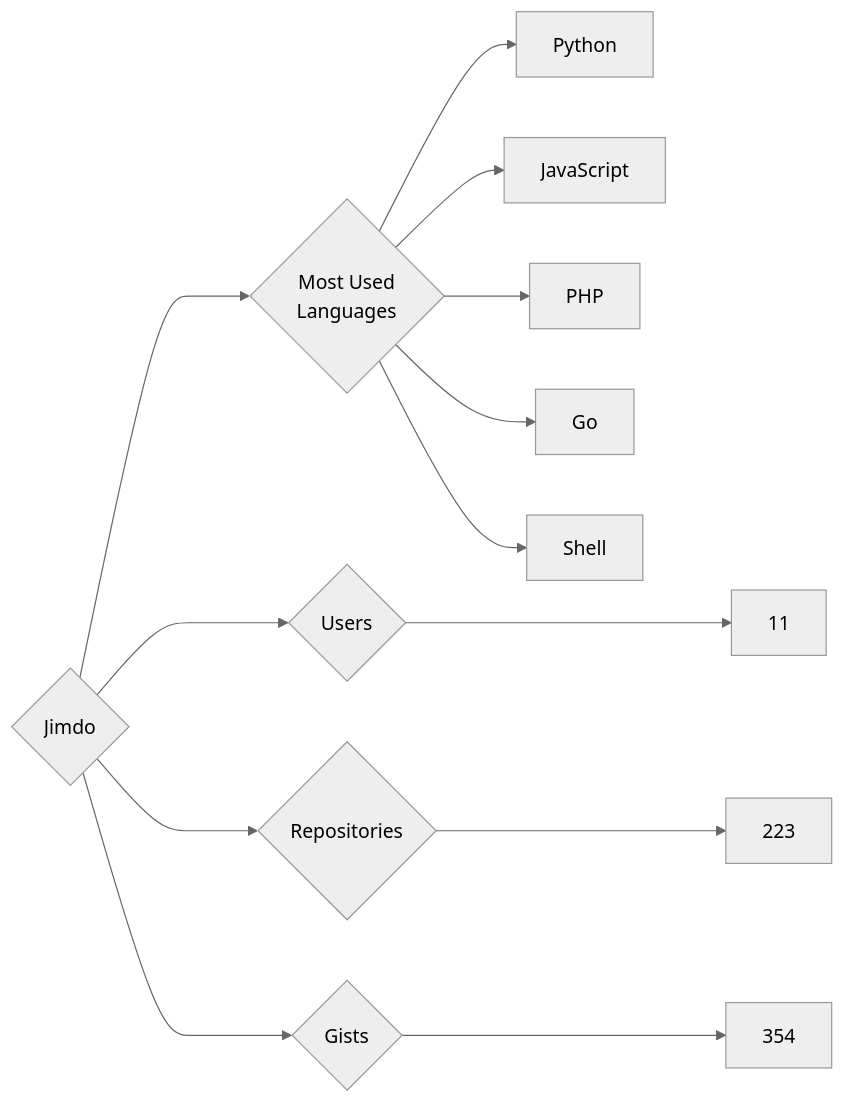
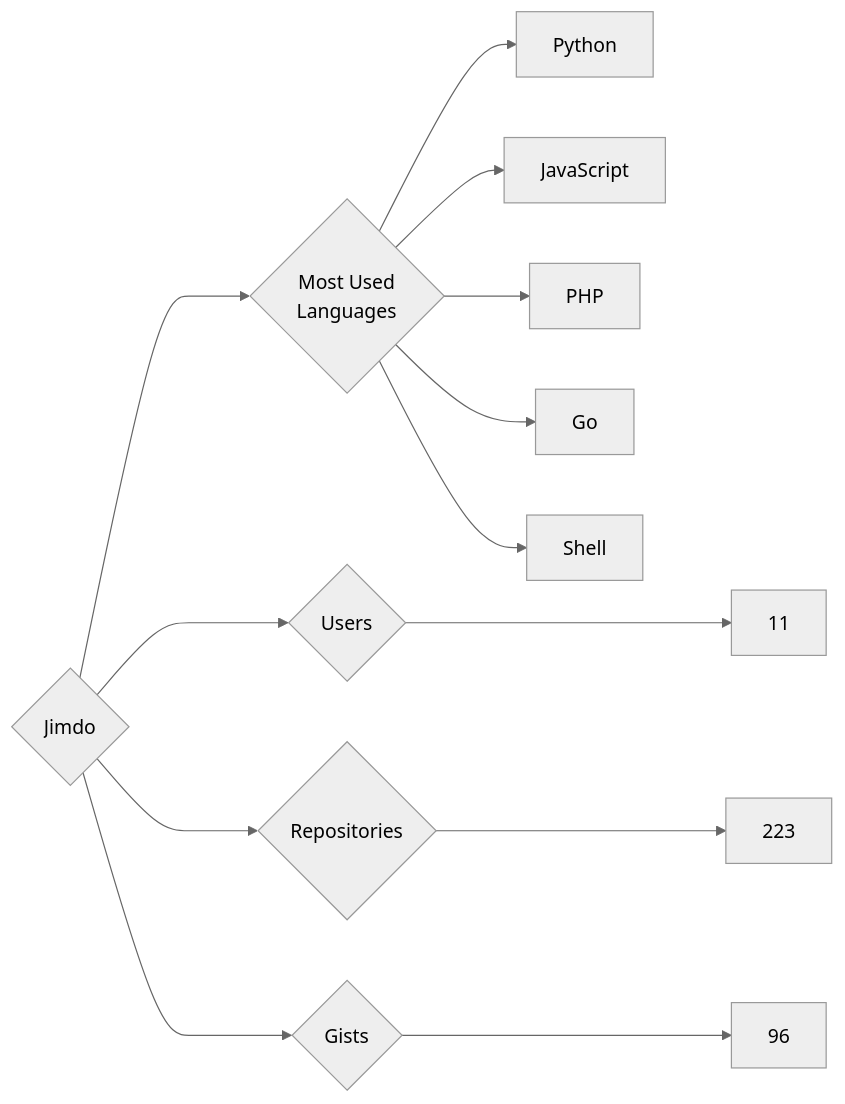
The diagram in targets/Jimdo/README.md (trickest/insiders), drawn with Mermaid (neutral theme) before and after one commit. The commit also changed 594 other files, not shown here.

````diff
--- a/targets/Jimdo/README.md
+++ b/targets/Jimdo/README.md
@@ -3,13 +3,13 @@
 ```mermaid
 graph LR
 COMPANY_NAME{Jimdo}
 COMPANY_NAME ---> U{Users} ---> UN[11]
 COMPANY_NAME ---> R{Repositories} ---> RN[223]
-COMPANY_NAME ---> G{Gists} ---> GN[354]
+COMPANY_NAME ---> G{Gists} ---> GN[96]
 COMPANY_NAME ---> ML{Most Used<br>Languages}
 ML --> Python[Python]
 ML --> JavaScript[JavaScript]
 ML --> PHP[PHP]
 ML --> Go[Go]
 ML --> Shell[Shell]
 ```
````
